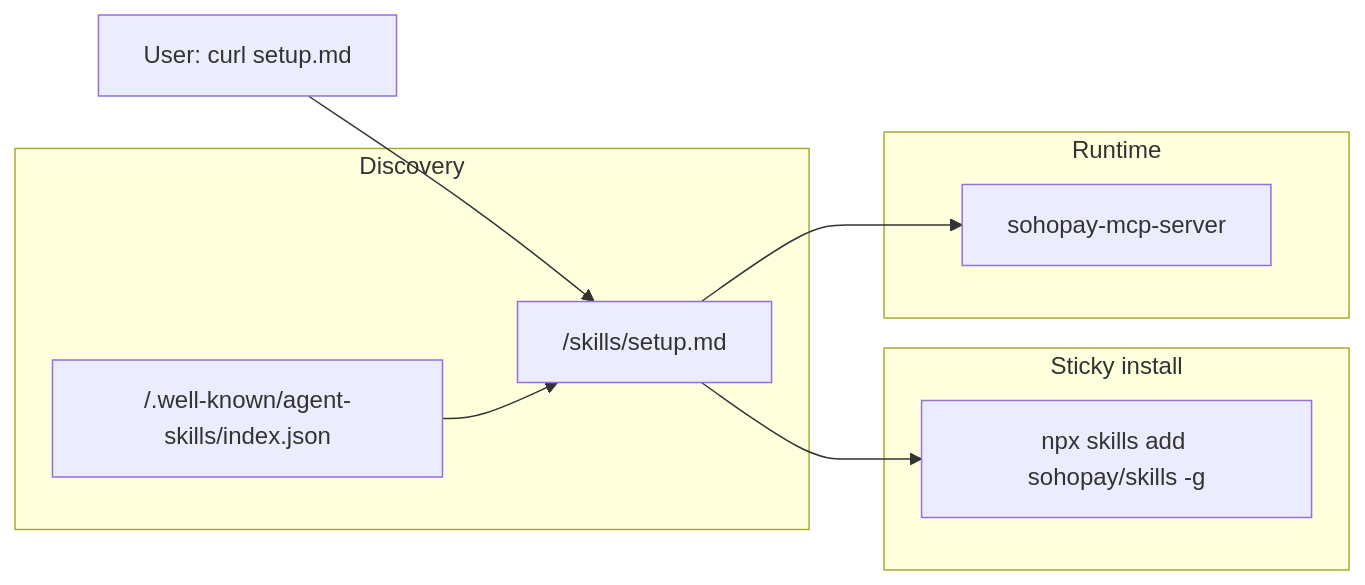
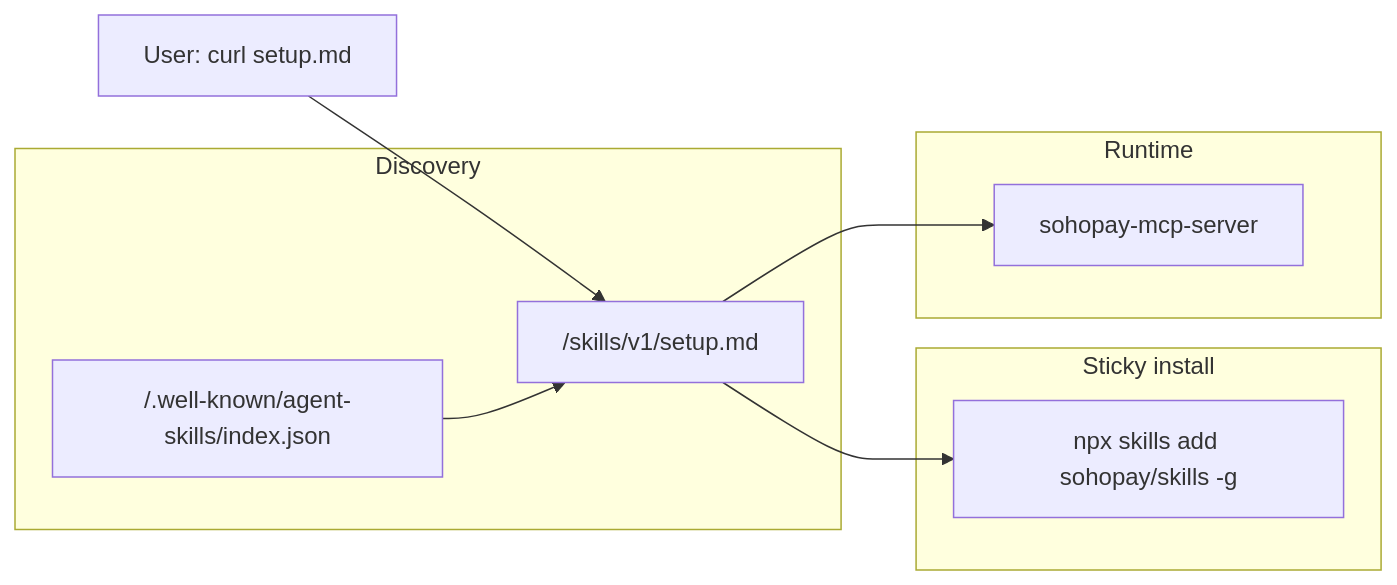
Before and after one commit to sohopay/skills: the first of 2 diagrams in docs/PLAN.md, drawn with Mermaid. The commit also changed other lines of this file and 17 other files, not shown here.

````diff
--- a/docs/PLAN.md
+++ b/docs/PLAN.md
@@ -24,17 +24,17 @@
 ```mermaid
 flowchart LR
   subgraph discovery [Discovery]
     Index["/.well-known/agent-skills/index.json"]
-    Setup["/skills/setup.md"]
+    Setup["/skills/v1/setup.md"]
   end
   subgraph install [Sticky install]
     Registry["npx skills add sohopay/skills -g"]
   end
   subgraph runtime [Runtime]
     McpServer["sohopay-mcp-server"]
   end
   Landing["User: curl setup.md"] --> Setup
   Setup --> Registry
   Index --> Setup
   Setup --> McpServer
 ```
````
